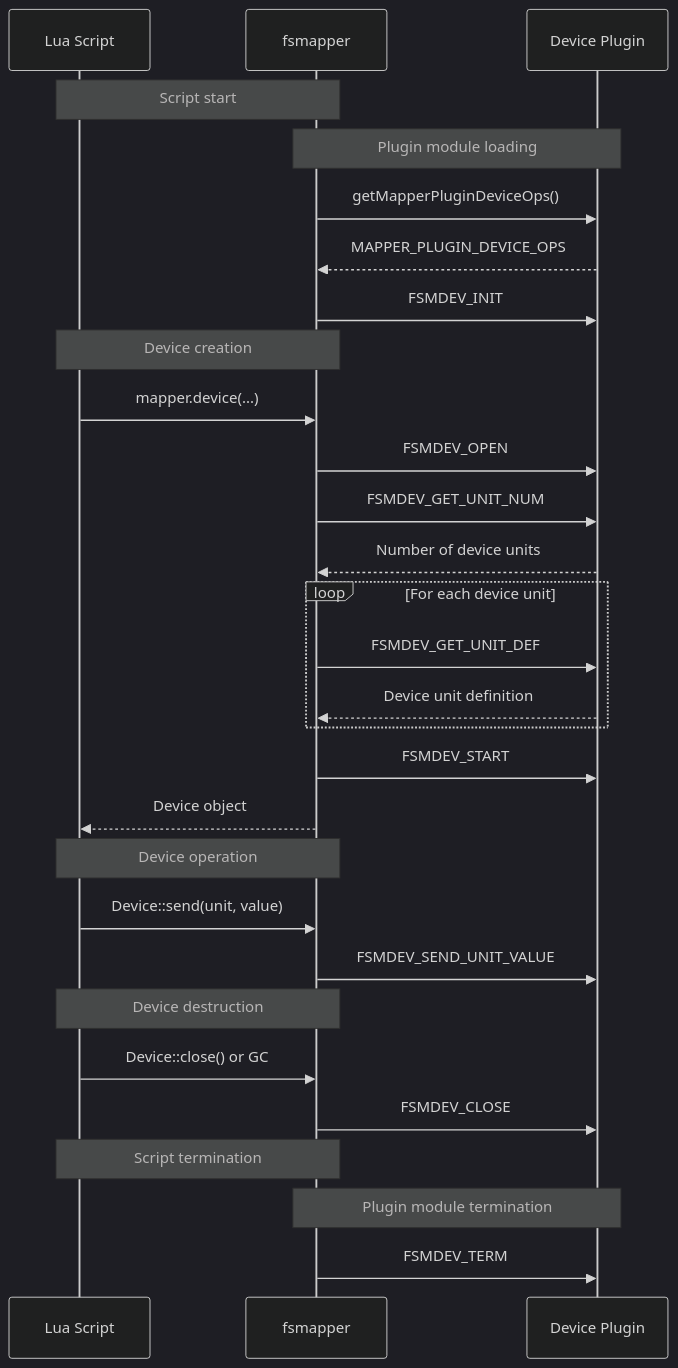
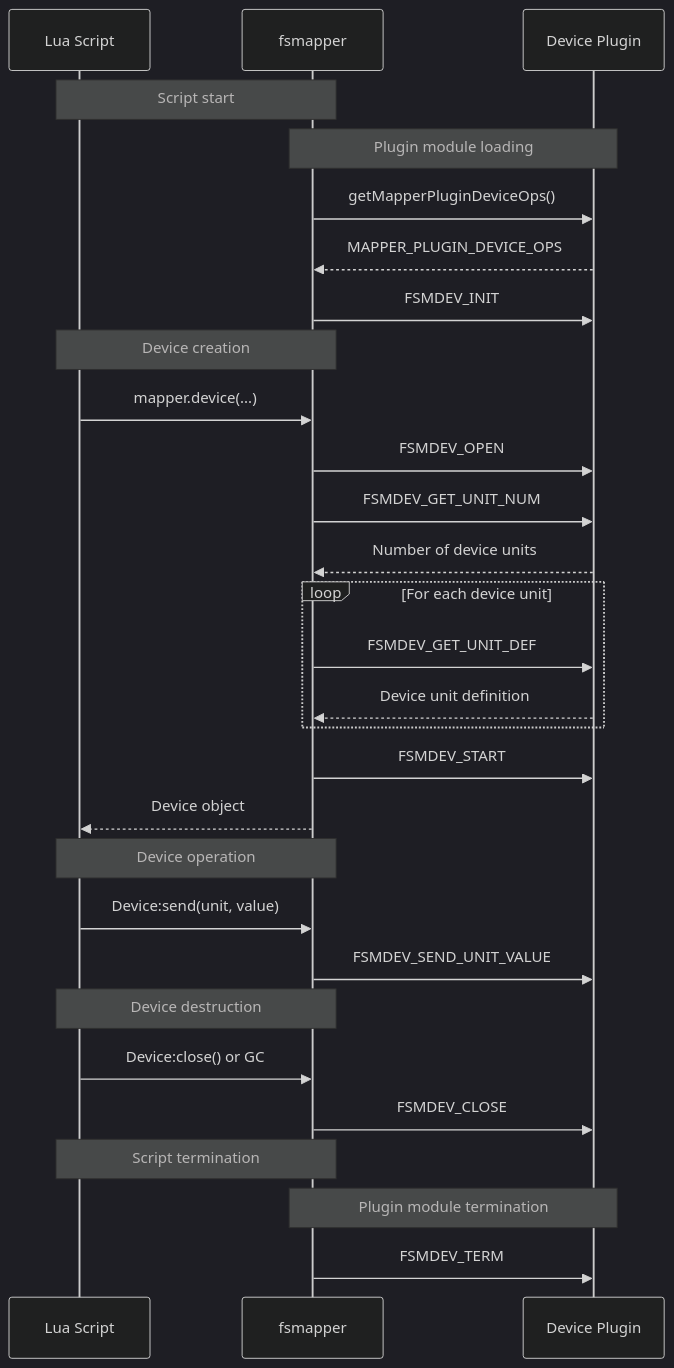
One commit to opiopan/fsmapper changed the diagram in docs/sdkdocs/api/device_plugin/plugin_abi/index.md. Above: the diagram before and after it, drawn with Mermaid (dark theme). The commit also changed other lines of this file and 10 other files, not shown here.

````diff
--- a/docs/sdkdocs/api/device_plugin/plugin_abi/index.md
+++ b/docs/sdkdocs/api/device_plugin/plugin_abi/index.md
@@ -53,42 +53,42 @@
 ```mermaid
 sequenceDiagram
     participant Lua as Lua Script
     participant FSM as fsmapper
     participant PLG as Device Plugin
 
     Note over Lua,FSM: Script start
     Note over FSM,PLG: Plugin module loading
 
     FSM->>PLG: getMapperPluginDeviceOps()
     PLG-->>FSM: MAPPER_PLUGIN_DEVICE_OPS
     FSM->>PLG: FSMDEV_INIT
 
     Note over Lua,FSM: Device creation
 
     Lua->>FSM: mapper.device(...)
     FSM->>PLG: FSMDEV_OPEN
     FSM->>PLG: FSMDEV_GET_UNIT_NUM
     PLG-->>FSM: Number of device units
     loop For each device unit
         FSM->>PLG: FSMDEV_GET_UNIT_DEF
         PLG-->>FSM: Device unit definition
     end
 
     FSM->>PLG: FSMDEV_START
     FSM-->>Lua: Device object
 
     Note over Lua,FSM: Device operation
 
-    Lua->>FSM: Device::send(unit, value)
+    Lua->>FSM: Device:send(unit, value)
     FSM->>PLG: FSMDEV_SEND_UNIT_VALUE
 
     Note over Lua,FSM: Device destruction
 
-    Lua->>FSM: Device::close() or GC
+    Lua->>FSM: Device:close() or GC
     FSM->>PLG: FSMDEV_CLOSE
 
     Note over Lua,FSM: Script termination
     Note over FSM,PLG: Plugin module termination
 
     FSM->>PLG: FSMDEV_TERM
 ```
````
